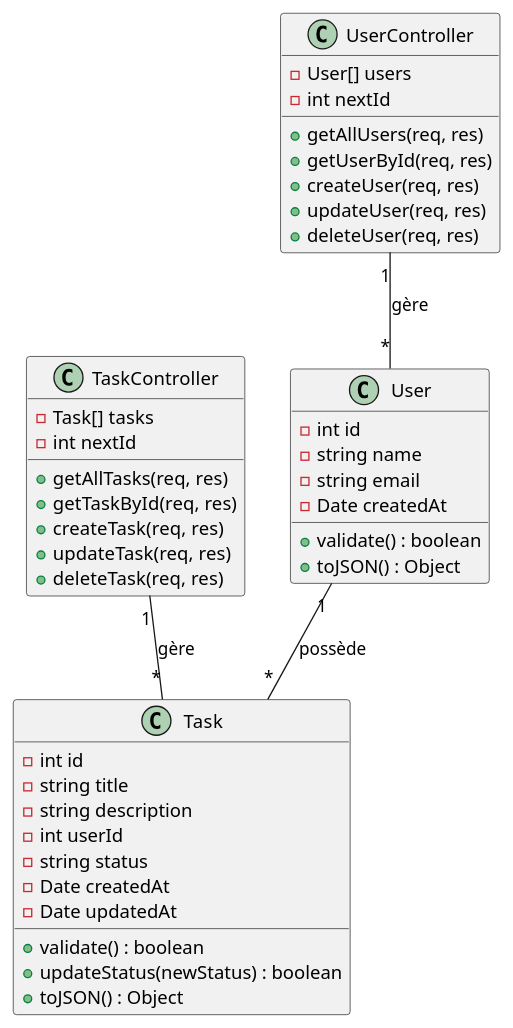
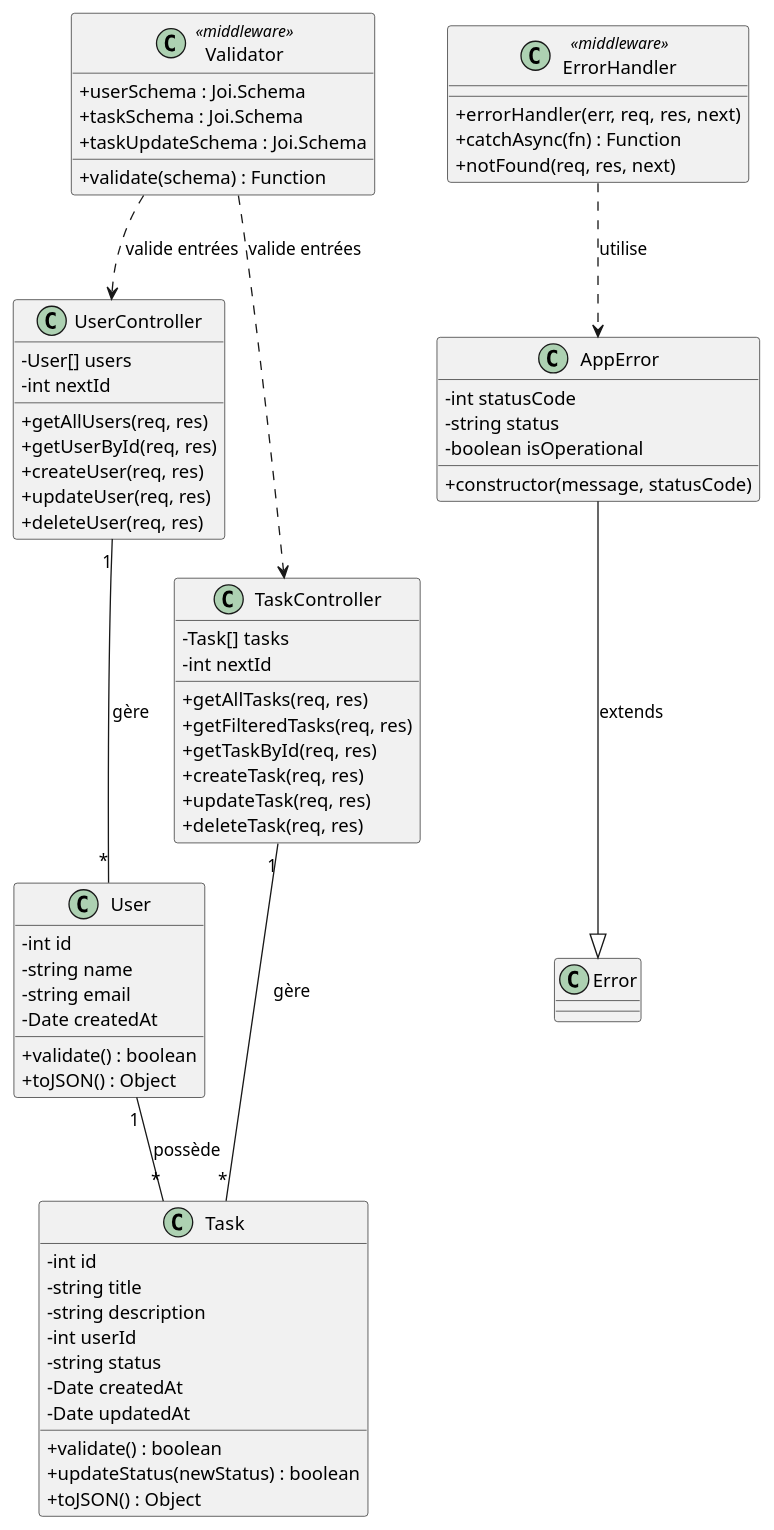
Before and after one commit to malek0501/DoneProject: the diagram in diagramme/classes.puml, drawn with PlantUML. The commit also changed 20 other files, not shown here.

```diff
--- a/diagramme/classes.puml
+++ b/diagramme/classes.puml
@@ -1,47 +1,74 @@
 @startuml
+skinparam classAttributeIconSize 0
+
 class User {
     -int id
     -string name
     -string email
     -Date createdAt
     +validate() : boolean
     +toJSON() : Object
 }
 
 class Task {
     -int id
     -string title
     -string description
     -int userId
     -string status
     -Date createdAt
     -Date updatedAt
     +validate() : boolean
     +updateStatus(newStatus) : boolean
     +toJSON() : Object
 }
 
 class UserController {
     -User[] users
     -int nextId
     +getAllUsers(req, res)
     +getUserById(req, res)
     +createUser(req, res)
     +updateUser(req, res)
     +deleteUser(req, res)
 }
 
 class TaskController {
     -Task[] tasks
     -int nextId
     +getAllTasks(req, res)
+    +getFilteredTasks(req, res)
     +getTaskById(req, res)
     +createTask(req, res)
     +updateTask(req, res)
     +deleteTask(req, res)
 }
 
+class Validator <<middleware>> {
+    +userSchema : Joi.Schema
+    +taskSchema : Joi.Schema
+    +taskUpdateSchema : Joi.Schema
+    +validate(schema) : Function
+}
+
+class AppError {
+    -int statusCode
+    -string status
+    -boolean isOperational
+    +constructor(message, statusCode)
+}
+
+class ErrorHandler <<middleware>> {
+    +errorHandler(err, req, res, next)
+    +catchAsync(fn) : Function
+    +notFound(req, res, next)
+}
+
+AppError --|> Error : extends
 User "1" -- "*" Task : possède
 UserController "1" -- "*" User : gère
 TaskController "1" -- "*" Task : gère
+Validator ..> UserController : valide entrées
+Validator ..> TaskController : valide entrées
+ErrorHandler ..> AppError : utilise
 @enduml
```
